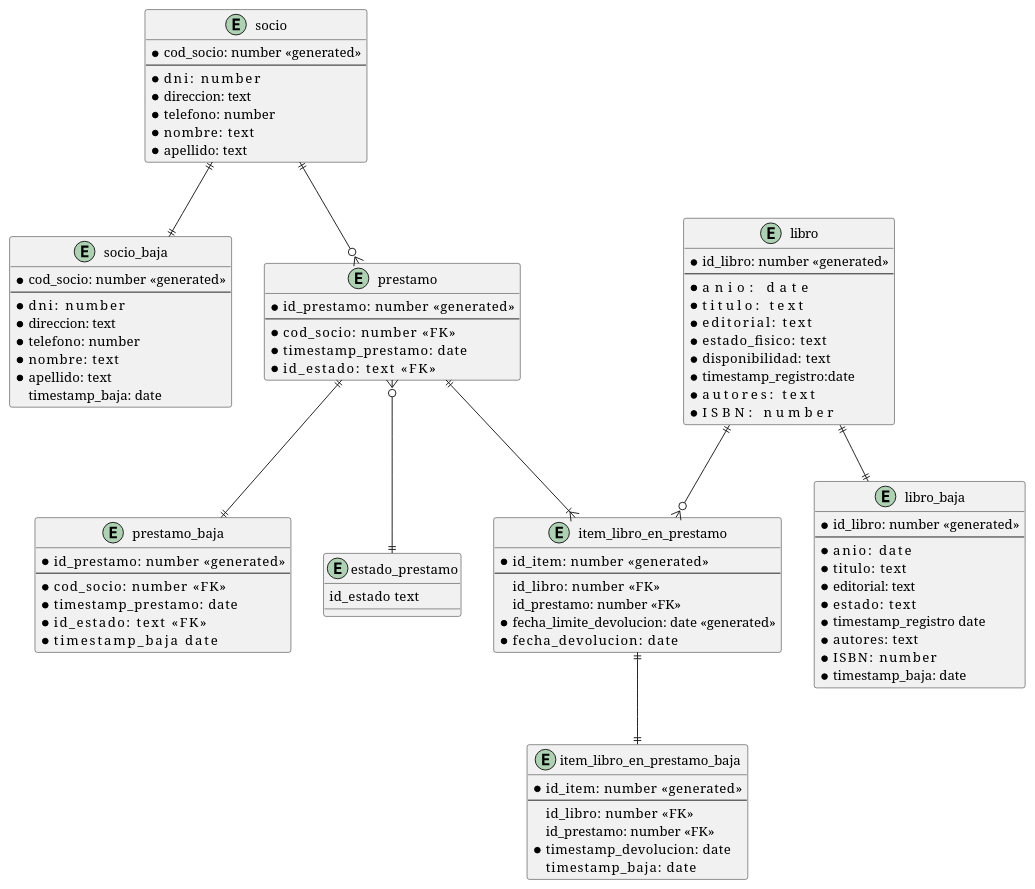
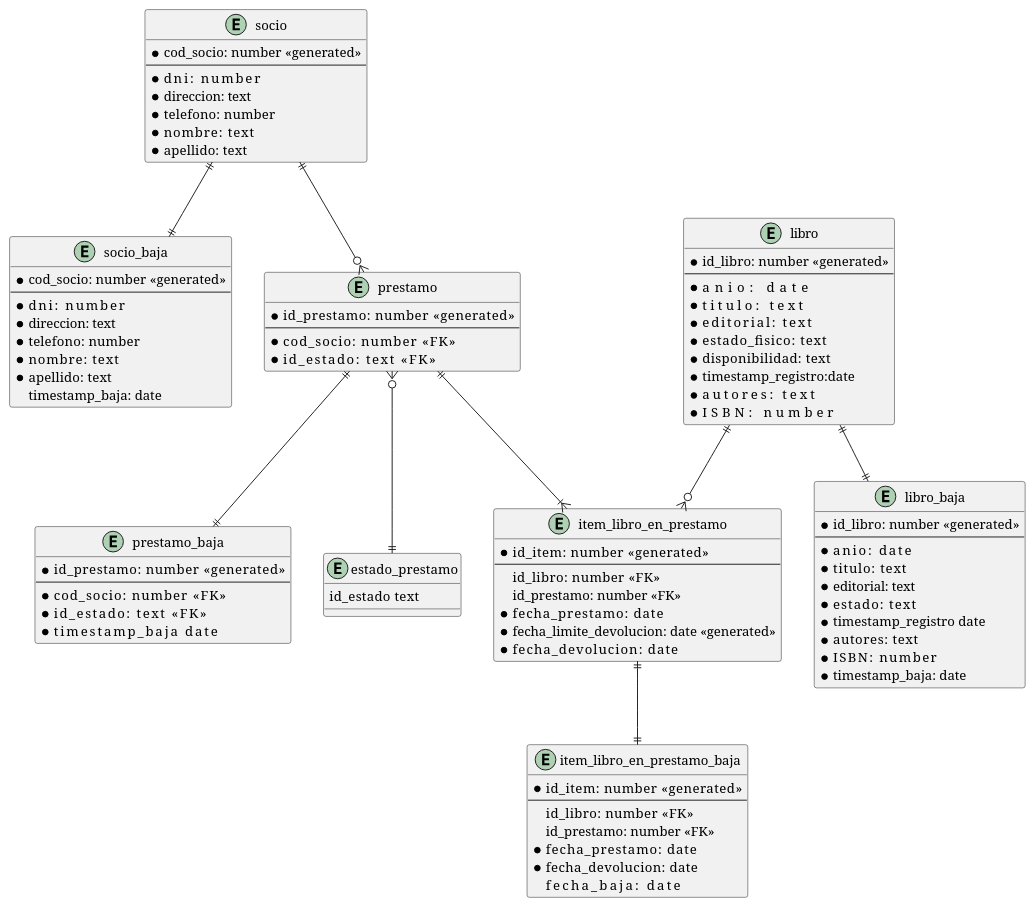
The diagram in 1-Biblioteca/biblioteca.pu (DiegoGit35/BaseDeDatos), drawn with PlantUML before and after one commit. The commit also changed 6 other files, not shown here.

Commit message:
rediseño de devolucion y prestamo

```diff
--- a/1-Biblioteca/biblioteca.pu
+++ b/1-Biblioteca/biblioteca.pu
@@ -1,97 +1,97 @@
 @startuml
   entity socio{
     *cod_socio: number «generated»
     --
     *dni:       number
     *direccion: text
     *telefono:  number
     *nombre:    text
     *apellido:  text
   }
 
   entity socio_baja{
     *cod_socio: number «generated»
     --
     *dni:       number
     *direccion: text
     *telefono:  number
     *nombre:    text
     *apellido:  text
     timestamp_baja: date
   }
 
   entity libro{
     *id_libro:  number «generated»
     --
     *anio:              date
     *titulo:            text
     *editorial:         text
     *estado_fisico:     text
     *disponibilidad:    text
     *timestamp_registro:date
     *autores:           text
     *ISBN:              number
   }
 
   entity libro_baja{
     *id_libro:  number «generated»
     --
     *anio:      date
     *titulo:    text
     *editorial: text
     *estado:    text
     *timestamp_registro date
     *autores:   text
     *ISBN:      number
     *timestamp_baja: date
   }
 
   entity item_libro_en_prestamo {
     *id_item:    number  «generated»
     --
     id_libro:    number  «FK»
     id_prestamo: number  «FK»
+    *fecha_prestamo:      date
     *fecha_limite_devolucion: date «generated»
     *fecha_devolucion:        date
   }
 
   entity item_libro_en_prestamo_baja {
     *id_item:    number  «generated»
     --
     id_libro:    number  «FK»
     id_prestamo: number  «FK»
-    *timestamp_devolucion:    date
-    timestamp_baja:      date
+    *fecha_prestamo:      date
+    *fecha_devolucion:    date
+    fecha_baja:           date
   }
 
   entity prestamo{
     *id_prestamo:     number  «generated»
     --
     *cod_socio:       number  «FK»
-    *timestamp_prestamo:      date
     *id_estado: text          «FK»
   }
 
   entity prestamo_baja{
     *id_prestamo:     number  «generated»
     --
     *cod_socio:       number  «FK»
-    *timestamp_prestamo:      date
     *id_estado: text          «FK»
     *timestamp_baja           date
   }
 
   entity estado_prestamo{
     id_estado  text
   }
 
 libro     ||--o{    item_libro_en_prestamo
 prestamo  ||--|{    item_libro_en_prestamo
 socio     ||--o{    prestamo
 prestamo  }o--||    estado_prestamo
 
 libro     ||--||    libro_baja
 prestamo  ||--||    prestamo_baja
 socio     ||--||    socio_baja
 item_libro_en_prestamo  ||--||    item_libro_en_prestamo_baja
 @enduml
```
